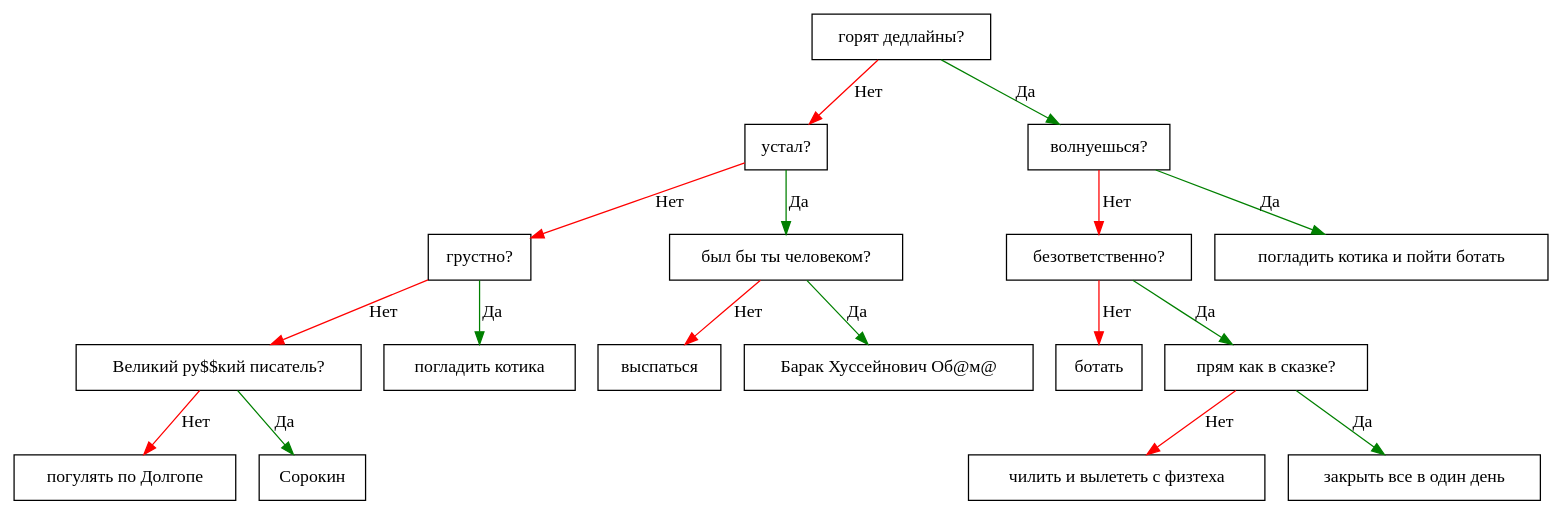
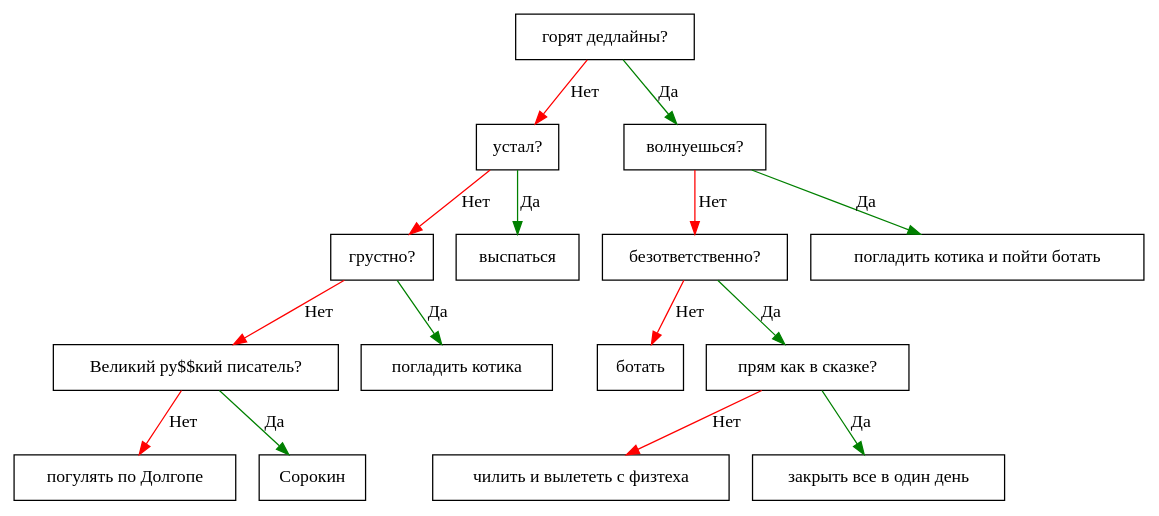
Before and after one commit to AlgebraicWolf/Akinator: the diagram in cmake-build-debug/dt.dot, drawn with Graphviz. The commit also changed 6 other files, not shown here.

```diff
--- a/cmake-build-debug/dt.dot
+++ b/cmake-build-debug/dt.dot
@@ -1,35 +1,31 @@
 digraph {
-node0x55e553d01ec0 [label="горят дедлайны?", shape=box];
-node0x55e553d01ef0 [label="устал?", shape=box];
-node0x55e553d020a0 [label="волнуешься?", shape=box];
-node0x55e553d01ec0 -> node0x55e553d01ef0 [color="red", label="Нет"];
-node0x55e553d01ec0 -> node0x55e553d020a0 [color="green", label="Да"];
-node0x55e553d020d0 [label="безответственно?", shape=box];
-node0x55e553d021c0 [label="погладить котика и пойти ботать ", shape=box];
-node0x55e553d020a0 -> node0x55e553d020d0 [color="red", label="Нет"];
-node0x55e553d020a0 -> node0x55e553d021c0 [color="green", label="Да"];
-node0x55e553d02100 [label="ботать ", shape=box];
-node0x55e553d02130 [label="прям как в сказке?", shape=box];
-node0x55e553d020d0 -> node0x55e553d02100 [color="red", label="Нет"];
-node0x55e553d020d0 -> node0x55e553d02130 [color="green", label="Да"];
-node0x55e553d02160 [label="чилить и вылететь с физтеха ", shape=box];
-node0x55e553d02190 [label="закрыть все в один день ", shape=box];
-node0x55e553d02130 -> node0x55e553d02160 [color="red", label="Нет"];
-node0x55e553d02130 -> node0x55e553d02190 [color="green", label="Да"];
-node0x55e553d01f20 [label="грустно?", shape=box];
-node0x55e553d02010 [label="был бы ты человеком?", shape=box];
-node0x55e553d01ef0 -> node0x55e553d01f20 [color="red", label="Нет"];
-node0x55e553d01ef0 -> node0x55e553d02010 [color="green", label="Да"];
-node0x55e553d02040 [label="выспаться ", shape=box];
-node0x55e553d02070 [label="Барак Хуссейнович Об@м@ ", shape=box];
-node0x55e553d02010 -> node0x55e553d02040 [color="red", label="Нет"];
-node0x55e553d02010 -> node0x55e553d02070 [color="green", label="Да"];
-node0x55e553d01f50 [label="Великий ру$$кий писатель?", shape=box];
-node0x55e553d01fe0 [label="погладить котика ", shape=box];
-node0x55e553d01f20 -> node0x55e553d01f50 [color="red", label="Нет"];
-node0x55e553d01f20 -> node0x55e553d01fe0 [color="green", label="Да"];
-node0x55e553d01f80 [label="погулять по Долгопе ", shape=box];
-node0x55e553d01fb0 [label="Сорокин ", shape=box];
-node0x55e553d01f50 -> node0x55e553d01f80 [color="red", label="Нет"];
-node0x55e553d01f50 -> node0x55e553d01fb0 [color="green", label="Да"];
+node0x55c5244d1c60 [label="горят дедлайны?", shape=box];
+node0x55c5244d1c90 [label="устал?", shape=box];
+node0x55c5244d1de0 [label="волнуешься?", shape=box];
+node0x55c5244d1c60 -> node0x55c5244d1c90 [color="red", label="Нет"];
+node0x55c5244d1c60 -> node0x55c5244d1de0 [color="green", label="Да"];
+node0x55c5244d1e10 [label="безответственно?", shape=box];
+node0x55c5244d1f00 [label="погладить котика и пойти ботать ", shape=box];
+node0x55c5244d1de0 -> node0x55c5244d1e10 [color="red", label="Нет"];
+node0x55c5244d1de0 -> node0x55c5244d1f00 [color="green", label="Да"];
+node0x55c5244d1e40 [label="ботать ", shape=box];
+node0x55c5244d1e70 [label="прям как в сказке?", shape=box];
+node0x55c5244d1e10 -> node0x55c5244d1e40 [color="red", label="Нет"];
+node0x55c5244d1e10 -> node0x55c5244d1e70 [color="green", label="Да"];
+node0x55c5244d1ea0 [label="чилить и вылететь с физтеха ", shape=box];
+node0x55c5244d1ed0 [label="закрыть все в один день ", shape=box];
+node0x55c5244d1e70 -> node0x55c5244d1ea0 [color="red", label="Нет"];
+node0x55c5244d1e70 -> node0x55c5244d1ed0 [color="green", label="Да"];
+node0x55c5244d1cc0 [label="грустно?", shape=box];
+node0x55c5244d1db0 [label="выспаться ", shape=box];
+node0x55c5244d1c90 -> node0x55c5244d1cc0 [color="red", label="Нет"];
+node0x55c5244d1c90 -> node0x55c5244d1db0 [color="green", label="Да"];
+node0x55c5244d1cf0 [label="Великий ру$$кий писатель?", shape=box];
+node0x55c5244d1d80 [label="погладить котика ", shape=box];
+node0x55c5244d1cc0 -> node0x55c5244d1cf0 [color="red", label="Нет"];
+node0x55c5244d1cc0 -> node0x55c5244d1d80 [color="green", label="Да"];
+node0x55c5244d1d20 [label="погулять по Долгопе ", shape=box];
+node0x55c5244d1d50 [label="Сорокин ", shape=box];
+node0x55c5244d1cf0 -> node0x55c5244d1d20 [color="red", label="Нет"];
+node0x55c5244d1cf0 -> node0x55c5244d1d50 [color="green", label="Да"];
 }
```
